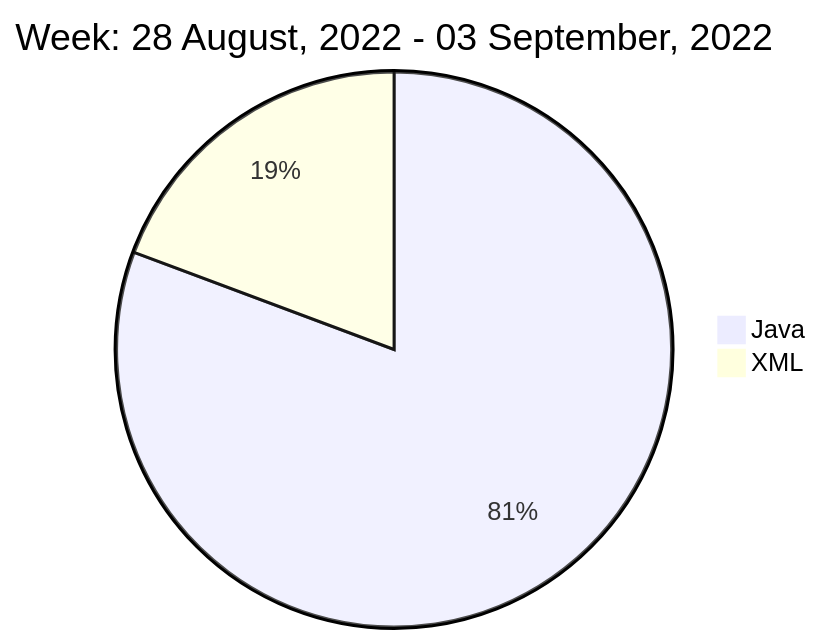
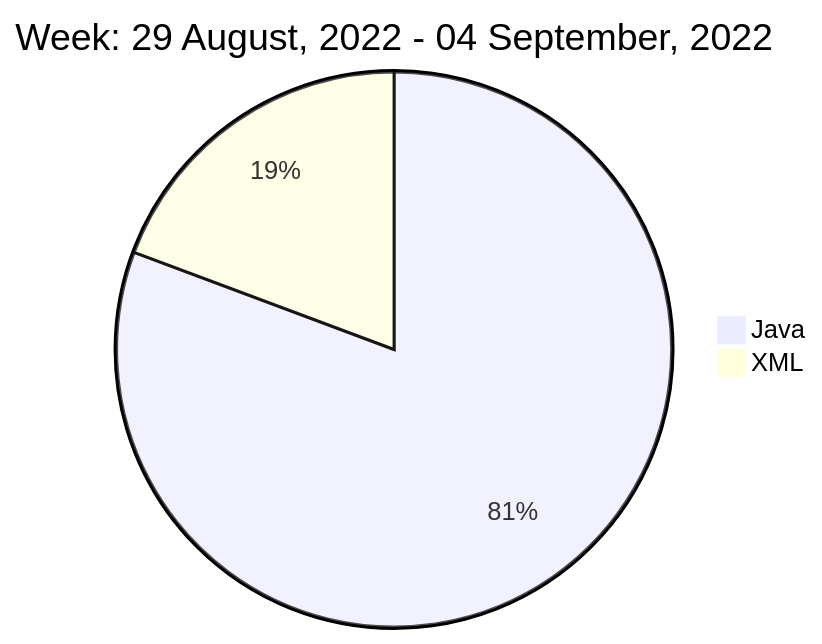
One commit to liubin95/liubin95 changed the diagram in README.md. Above: the diagram before and after it, drawn with Mermaid.

Commit message:
Updated the Graph with new Metrics

````diff
--- a/README.md
+++ b/README.md
@@ -40,6 +40,6 @@
 ```mermaid
  pie
-title Week: 28 August, 2022 - 03 September, 2022
+title Week: 29 August, 2022 - 04 September, 2022
  "Java" : 1.17
  "XML" : 0.28
 ```
````
